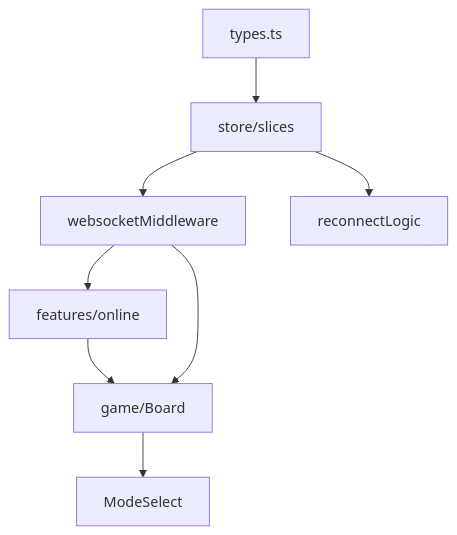
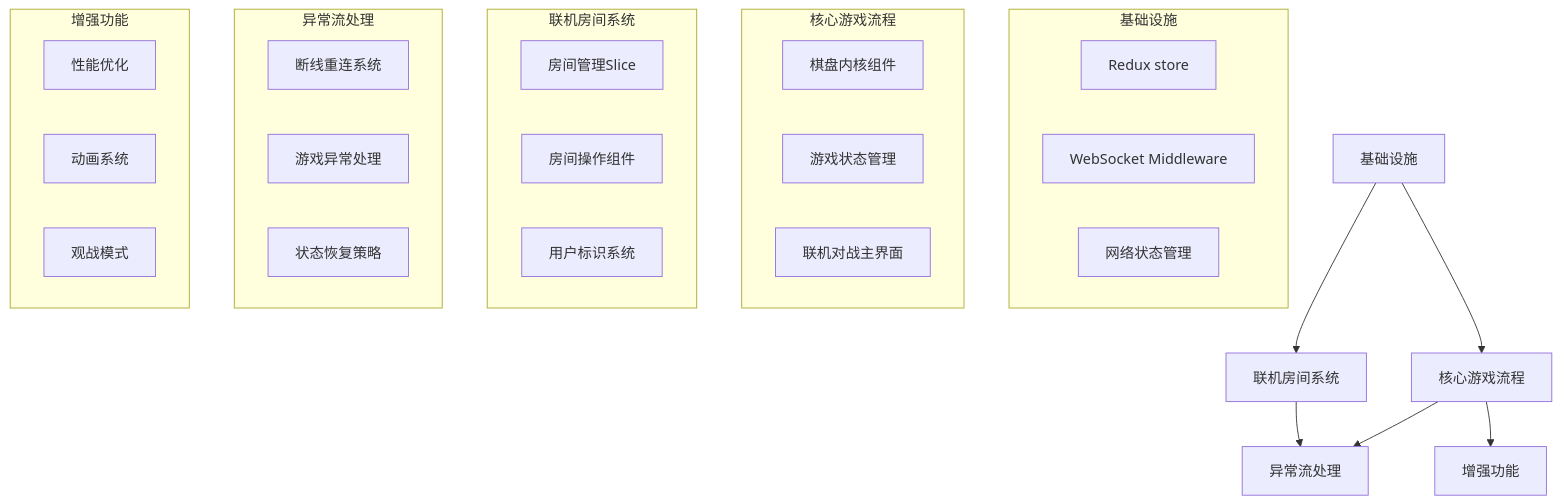
The diagram in gomoku-client/docs/development-plan.md (dogedodge/web-gomoku), drawn with Mermaid before and after one commit. The commit also changed other lines of this file and 1 other file, not shown here.

````diff
--- a/gomoku-client/docs/development-plan.md
+++ b/gomoku-client/docs/development-plan.md
@@ -78,10 +5,38 @@
 ```mermaid
 graph TD
-    A[types.ts] --> B[store/slices]
-    B --> C[websocketMiddleware]
-    C --> D[features/online]
-    D --> E[game/Board]
-    C --> E
-    B --> F[reconnectLogic]
-    E --> G[ModeSelect]
+    A[基础设施] --> B[核心游戏流程]
+    A --> C[联机房间系统]
+    B --> D[异常流处理]
+    C --> D
+    B --> E[增强功能]
+
+    subgraph 基础设施
+        A1[Redux store]
+        A2[WebSocket Middleware]
+        A3[网络状态管理]
+    end
+
+    subgraph 核心游戏流程
+        B1[棋盘内核组件]
+        B2[游戏状态管理]
+        B3[联机对战主界面]
+    end
+
+    subgraph 联机房间系统
+        C1[房间管理Slice]
+        C2[房间操作组件]
+        C3[用户标识系统]
+    end
+
+    subgraph 异常流处理
+        D1[断线重连系统]
+        D2[游戏异常处理]
+        D3[状态恢复策略]
+    end
+
+    subgraph 增强功能
+        E1[性能优化]
+        E2[动画系统]
+        E3[观战模式]
+    end
 ```
````
